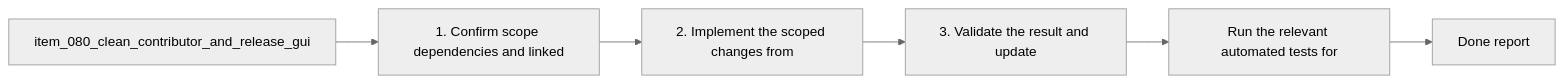
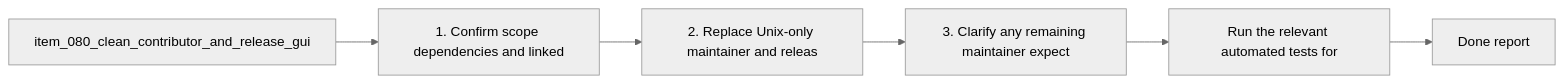
Before and after one commit to AlexAgo83/logics-manager: the diagram in logics/tasks/task_085_clean_contributor_and_release_guidance_for_windows_friendly_shell_and_temp_path_usage.md, drawn with Mermaid (neutral theme). The commit also changed other lines of this file and 481 other files, not shown here.

````diff
--- a/logics/tasks/task_085_clean_contributor_and_release_guidance_for_windows_friendly_shell_and_temp_path_usage.md
+++ b/logics/tasks/task_085_clean_contributor_and_release_guidance_for_windows_friendly_shell_and_temp_path_usage.md
@@ -19,10 +20,10 @@
 ```mermaid
 %% logics-kind: task
 %% logics-signature: task|clean-contributor-and-release-guidance-f|item-080-clean-contributor-and-release-g|1-confirm-scope-dependencies-and-linked|run-the-relevant-automated-tests-for
 flowchart LR
     Backlog[item_080_clean_contributor_and_release_gui] --> Step1[1. Confirm scope dependencies and linked]
-    Step1 --> Step2[2. Implement the scoped changes from]
-    Step2 --> Step3[3. Validate the result and update]
+    Step1 --> Step2[2. Replace Unix-only maintainer and releas]
+    Step2 --> Step3[3. Clarify any remaining maintainer expect]
     Step3 --> Validation[Run the relevant automated tests for]
     Validation --> Report[Done report]
 ```
````
